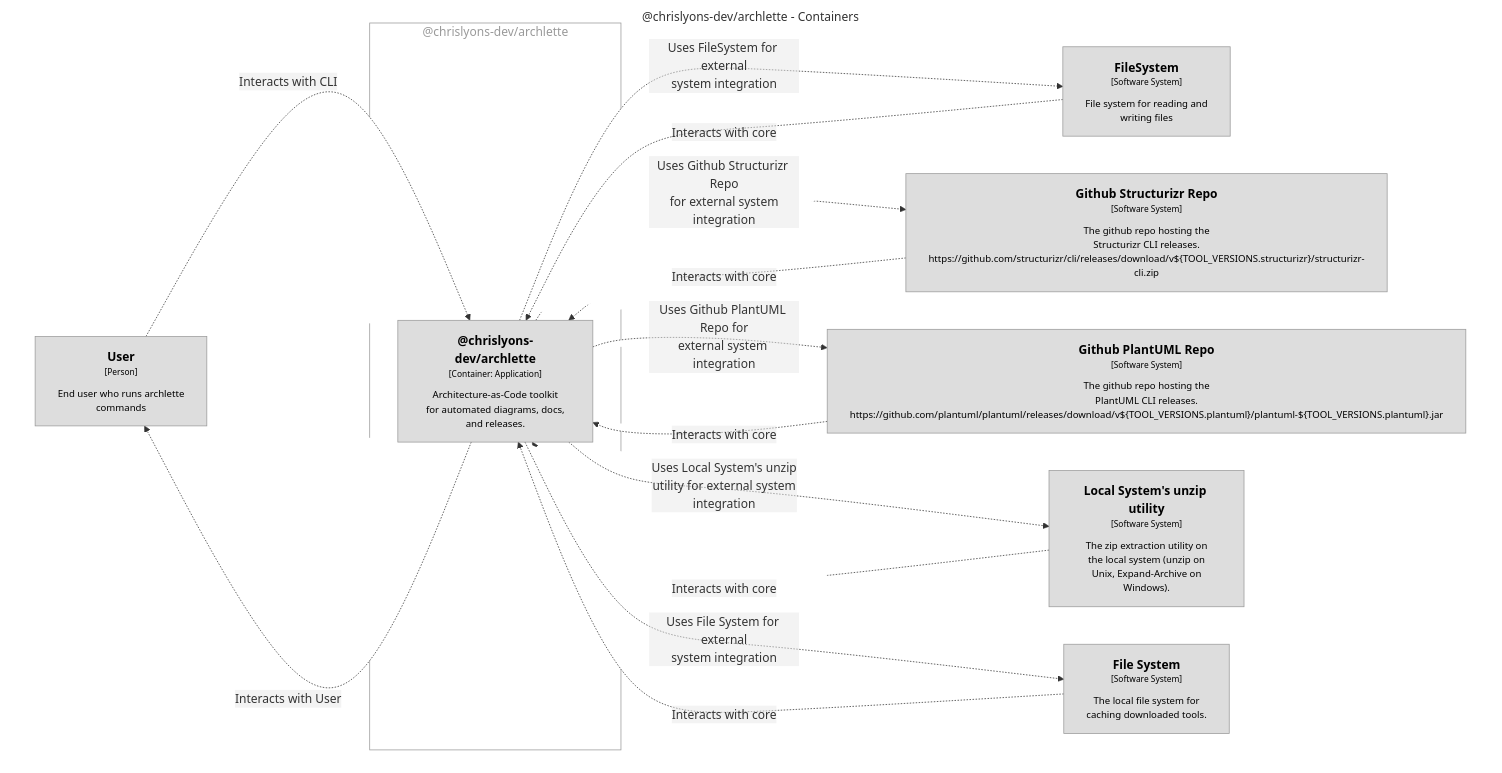
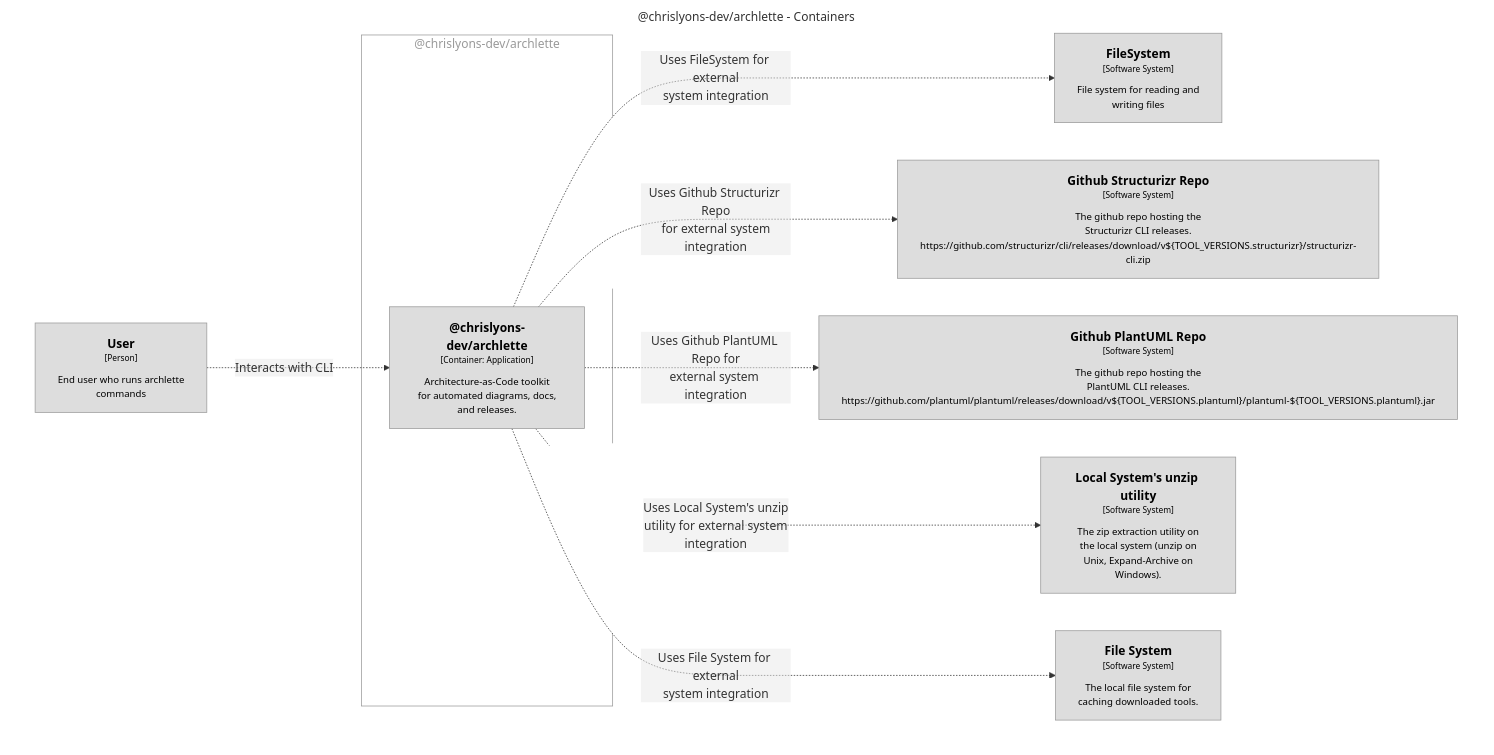
Before and after one commit to chrislyons-dev/archlette: the diagram in docs/architecture/diagrams/mermaid/structurizr-Containers.mmd, drawn with Mermaid. The commit also changed 29 other files, not shown here.

```diff
--- a/docs/architecture/diagrams/mermaid/structurizr-Containers.mmd
+++ b/docs/architecture/diagrams/mermaid/structurizr-Containers.mmd
@@ -1,39 +1,33 @@
 graph TB
   linkStyle default fill:#ffffff
 
   subgraph diagram ["@chrislyons-dev/archlette - Containers"]
     style diagram fill:#ffffff,stroke:#ffffff
 
     1["<div style='font-weight: bold'>User</div><div style='font-size: 70%; margin-top: 0px'>[Person]</div><div style='font-size: 80%; margin-top:10px'>End user who runs archlette<br />commands</div>"]
     style 1 fill:#dddddd,stroke:#9a9a9a,color:#000000
     2["<div style='font-weight: bold'>FileSystem</div><div style='font-size: 70%; margin-top: 0px'>[Software System]</div><div style='font-size: 80%; margin-top:10px'>File system for reading and<br />writing files</div>"]
     style 2 fill:#dddddd,stroke:#9a9a9a,color:#000000
     3["<div style='font-weight: bold'>Github Structurizr Repo</div><div style='font-size: 70%; margin-top: 0px'>[Software System]</div><div style='font-size: 80%; margin-top:10px'>The github repo hosting the<br />Structurizr CLI releases.<br />https://github.com/structurizr/cli/releases/download/v${TOOL_VERSIONS.structurizr}/structurizr-cli.zip</div>"]
     style 3 fill:#dddddd,stroke:#9a9a9a,color:#000000
     4["<div style='font-weight: bold'>Github PlantUML Repo</div><div style='font-size: 70%; margin-top: 0px'>[Software System]</div><div style='font-size: 80%; margin-top:10px'>The github repo hosting the<br />PlantUML CLI releases.<br />https://github.com/plantuml/plantuml/releases/download/v${TOOL_VERSIONS.plantuml}/plantuml-${TOOL_VERSIONS.plantuml}.jar</div>"]
     style 4 fill:#dddddd,stroke:#9a9a9a,color:#000000
     5["<div style='font-weight: bold'>Local System's unzip utility</div><div style='font-size: 70%; margin-top: 0px'>[Software System]</div><div style='font-size: 80%; margin-top:10px'>The zip extraction utility on<br />the local system (unzip on<br />Unix, Expand-Archive on<br />Windows).</div>"]
     style 5 fill:#dddddd,stroke:#9a9a9a,color:#000000
     6["<div style='font-weight: bold'>File System</div><div style='font-size: 70%; margin-top: 0px'>[Software System]</div><div style='font-size: 80%; margin-top:10px'>The local file system for<br />caching downloaded tools.</div>"]
     style 6 fill:#dddddd,stroke:#9a9a9a,color:#000000
 
     subgraph 7 ["@chrislyons-dev/archlette"]
       style 7 fill:#ffffff,stroke:#9a9a9a,color:#9a9a9a
 
       8["<div style='font-weight: bold'>@chrislyons-dev/archlette</div><div style='font-size: 70%; margin-top: 0px'>[Container: Application]</div><div style='font-size: 80%; margin-top:10px'>Architecture-as-Code toolkit<br />for automated diagrams, docs,<br />and releases.</div>"]
       style 8 fill:#dddddd,stroke:#9a9a9a,color:#000000
     end
 
-    3-. "<div>Interacts with core</div><div style='font-size: 70%'></div>" .->8
-    4-. "<div>Interacts with core</div><div style='font-size: 70%'></div>" .->8
-    5-. "<div>Interacts with core</div><div style='font-size: 70%'></div>" .->8
-    6-. "<div>Interacts with core</div><div style='font-size: 70%'></div>" .->8
-    8-. "<div>Interacts with User</div><div style='font-size: 70%'></div>" .->1
     8-. "<div>Uses FileSystem for external<br />system integration</div><div style='font-size: 70%'></div>" .->2
     8-. "<div>Uses Github Structurizr Repo<br />for external system<br />integration</div><div style='font-size: 70%'></div>" .->3
     8-. "<div>Uses Github PlantUML Repo for<br />external system integration</div><div style='font-size: 70%'></div>" .->4
     8-. "<div>Uses Local System's unzip<br />utility for external system<br />integration</div><div style='font-size: 70%'></div>" .->5
     8-. "<div>Uses File System for external<br />system integration</div><div style='font-size: 70%'></div>" .->6
     1-. "<div>Interacts with CLI</div><div style='font-size: 70%'></div>" .->8
-    2-. "<div>Interacts with core</div><div style='font-size: 70%'></div>" .->8
   end
```
